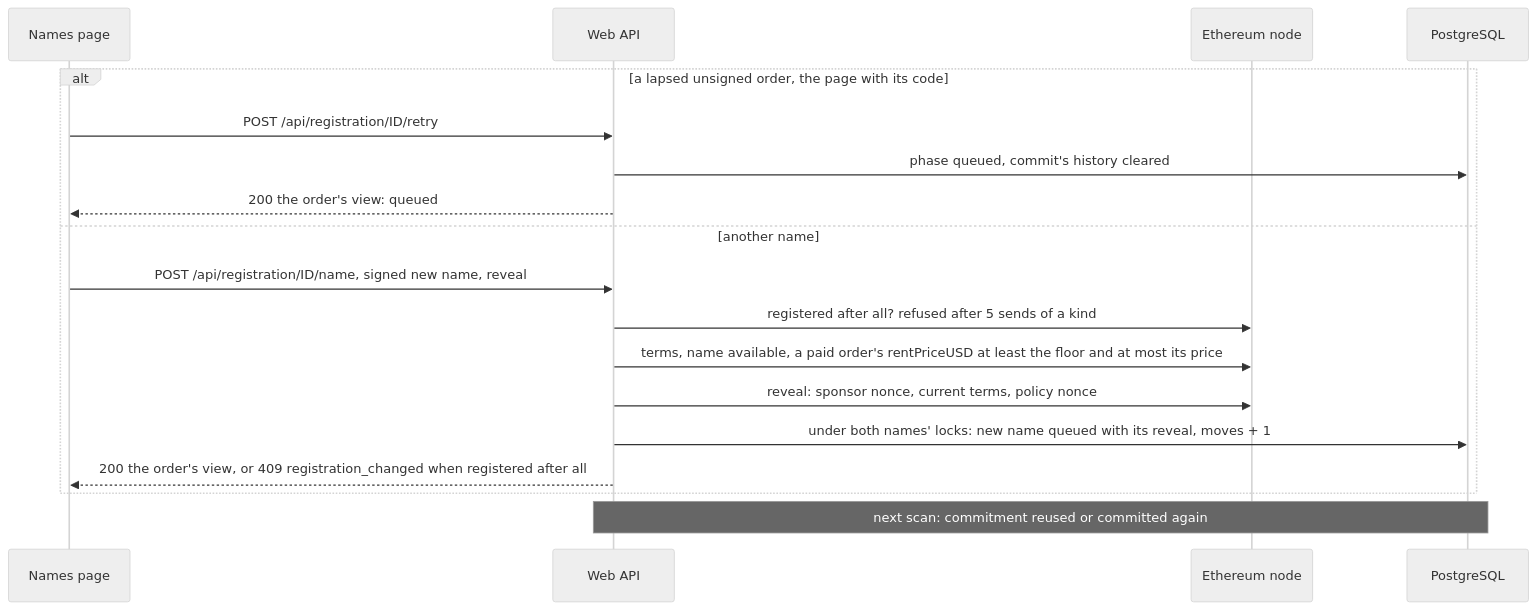
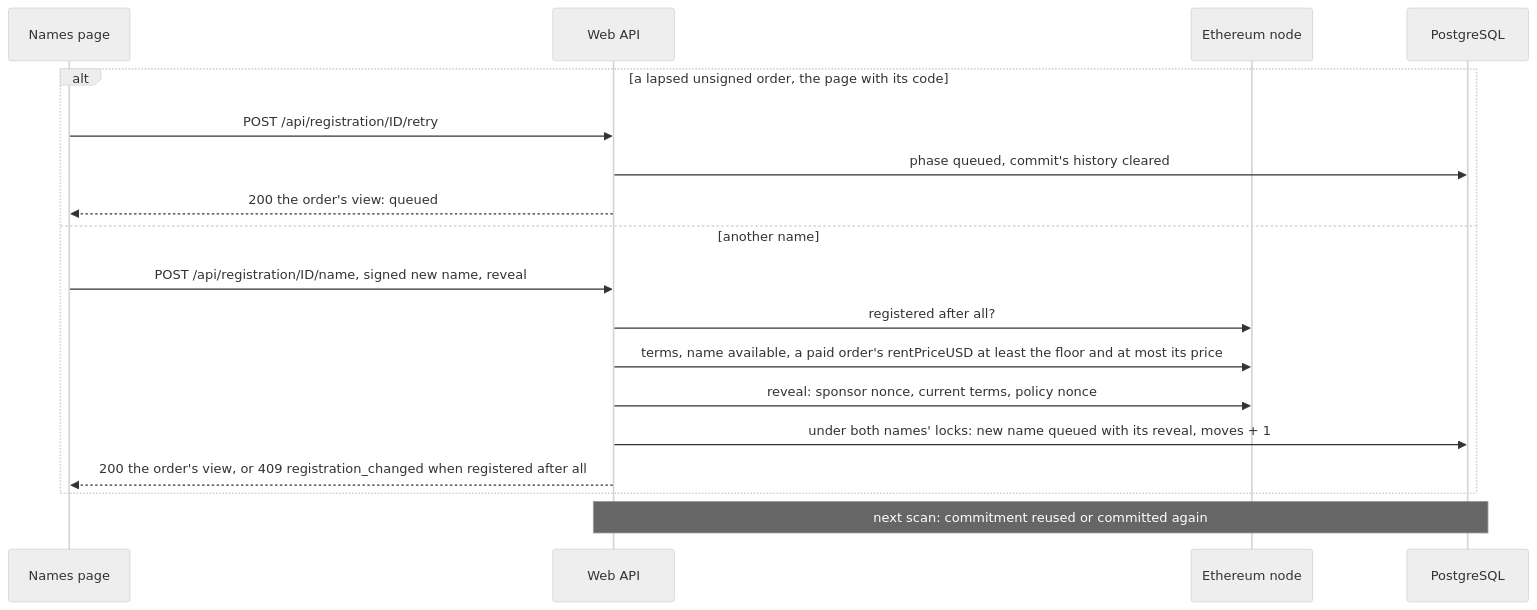
The seventh of 14 diagrams in apps/simplex-store-service/docs/names.md (simplex-chat/simplex-chat), drawn with Mermaid (neutral theme) before and after one commit. The commit also changed other lines of this file and 15 other files, not shown here.

````diff
--- a/apps/simplex-store-service/docs/names.md
+++ b/apps/simplex-store-service/docs/names.md
@@ -399,20 +399,20 @@
 ```mermaid
 sequenceDiagram
   participant P as Names page
   participant W as Web API
   participant E as Ethereum node
   participant D as PostgreSQL
   alt a lapsed unsigned order, the page with its code
     P->>W: POST /api/registration/ID/retry
     W->>D: phase queued, commit's history cleared
     W-->>P: 200 the order's view: queued
   else another name
     P->>W: POST /api/registration/ID/name, signed new name, reveal
-    W->>E: registered after all? refused after 5 sends of a kind
+    W->>E: registered after all?
     W->>E: terms, name available, a paid order's rentPriceUSD at least the floor and at most its price
     W->>E: reveal: sponsor nonce, current terms, policy nonce
     W->>D: under both names' locks: new name queued with its reveal, moves + 1
     W-->>P: 200 the order's view, or 409 registration_changed when registered after all
   end
   Note over W,D: next scan: commitment reused or committed again
 ```
````
